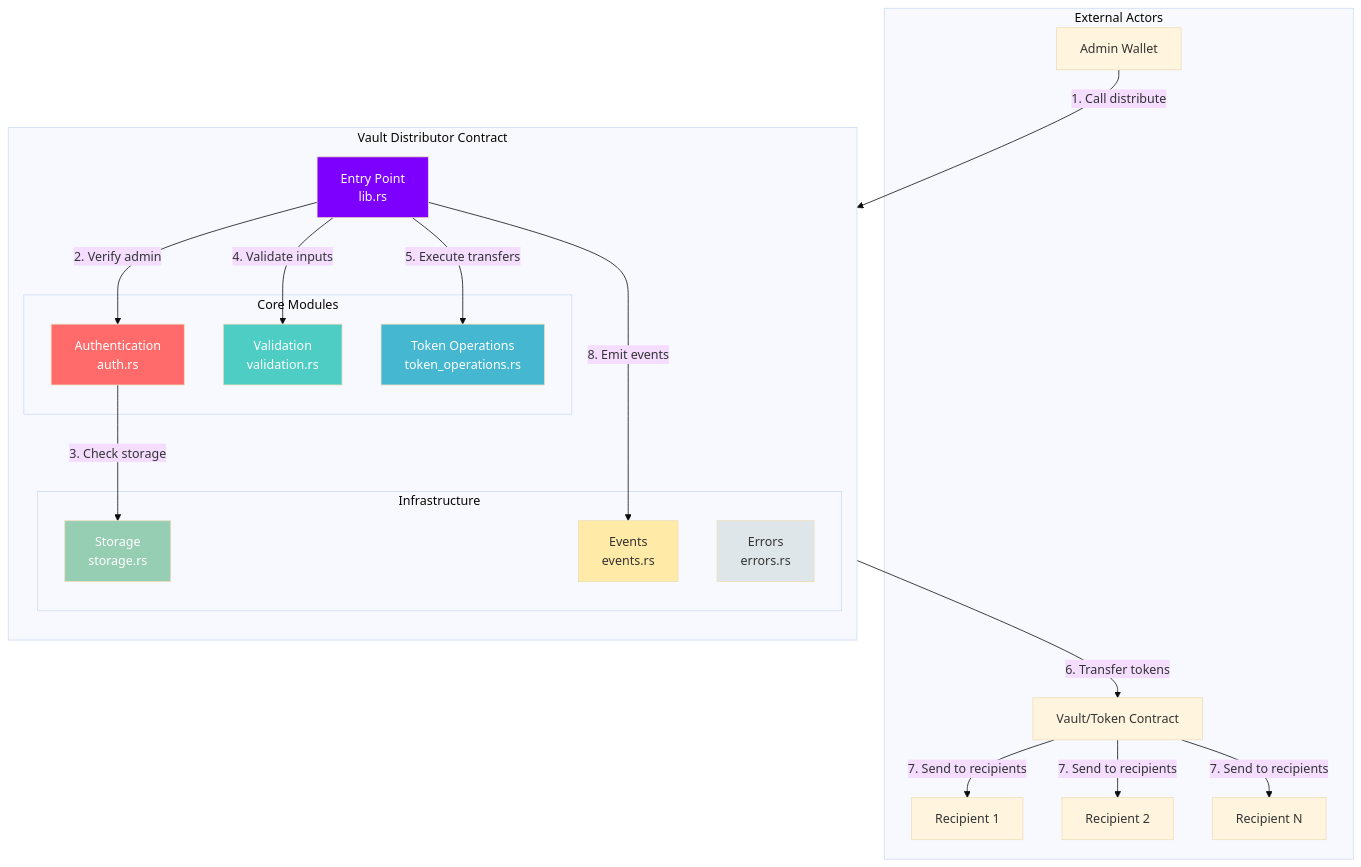
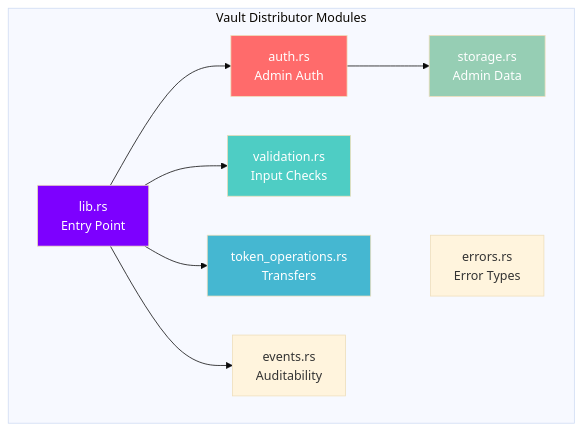
The second of 5 diagrams in README.md (refiup/sc), drawn with Mermaid (base theme) before and after one commit. The commit also changed other lines of this file and 39 other files, not shown here.

First line of the commit message:
feat: Event Distributor Smart Contract - Production Ready

````diff
--- a/README.md
+++ b/README.md
@@ -77,46 +139,24 @@
 ```mermaid
 graph TB
-    subgraph "External Actors"
-        A[Admin Wallet]
-        V[Vault/Token Contract]
-        R1[Recipient 1]
-        R2[Recipient 2]
-        R3[Recipient N]
+    subgraph "Vault Distributor Modules"
+        L[lib.rs<br/>Entry Point]
+        A[auth.rs<br/>Admin Auth]
+        V[validation.rs<br/>Input Checks]
+        T[token_operations.rs<br/>Transfers]
+        S[storage.rs<br/>Admin Data]
+        E[events.rs<br/>Auditability]
+        R[errors.rs<br/>Error Types]
     end
     
-    subgraph "Vault Distributor Contract"
-        direction TB
-        E[Entry Point<br/>lib.rs]
-        
-        subgraph "Core Modules"
-            AUTH[Authentication<br/>auth.rs]
-            VAL[Validation<br/>validation.rs]
-            TOK[Token Operations<br/>token_operations.rs]
-        end
-        
-        subgraph "Infrastructure"
-            STOR[Storage<br/>storage.rs]
-            EVT[Events<br/>events.rs]
-            ERR[Errors<br/>errors.rs]
-        end
-    end
+    L --> A
+    L --> V
+    L --> T
+    A --> S
+    L --> E
     
-    A -->|1. Call distribute| E
-    E -->|2. Verify admin| AUTH
-    AUTH -->|3. Check storage| STOR
-    E -->|4. Validate inputs| VAL
-    E -->|5. Execute transfers| TOK
-    TOK -->|6. Transfer tokens| V
-    V -->|7. Send to recipients| R1
-    V -->|7. Send to recipients| R2
-    V -->|7. Send to recipients| R3
-    E -->|8. Emit events| EVT
-    
-    style E fill:#7D00FF,color:#fff
-    style AUTH fill:#FF6B6B,color:#fff
-    style VAL fill:#4ECDC4,color:#fff
-    style TOK fill:#45B7D1,color:#fff
-    style STOR fill:#96CEB4,color:#fff
-    style EVT fill:#FFEAA7,color:#333
-    style ERR fill:#DFE6E9,color:#333
+    style L fill:#7D00FF,color:#fff
+    style A fill:#FF6B6B,color:#fff
+    style V fill:#4ECDC4,color:#fff
+    style T fill:#45B7D1,color:#fff
+    style S fill:#96CEB4,color:#fff
 ```
````
